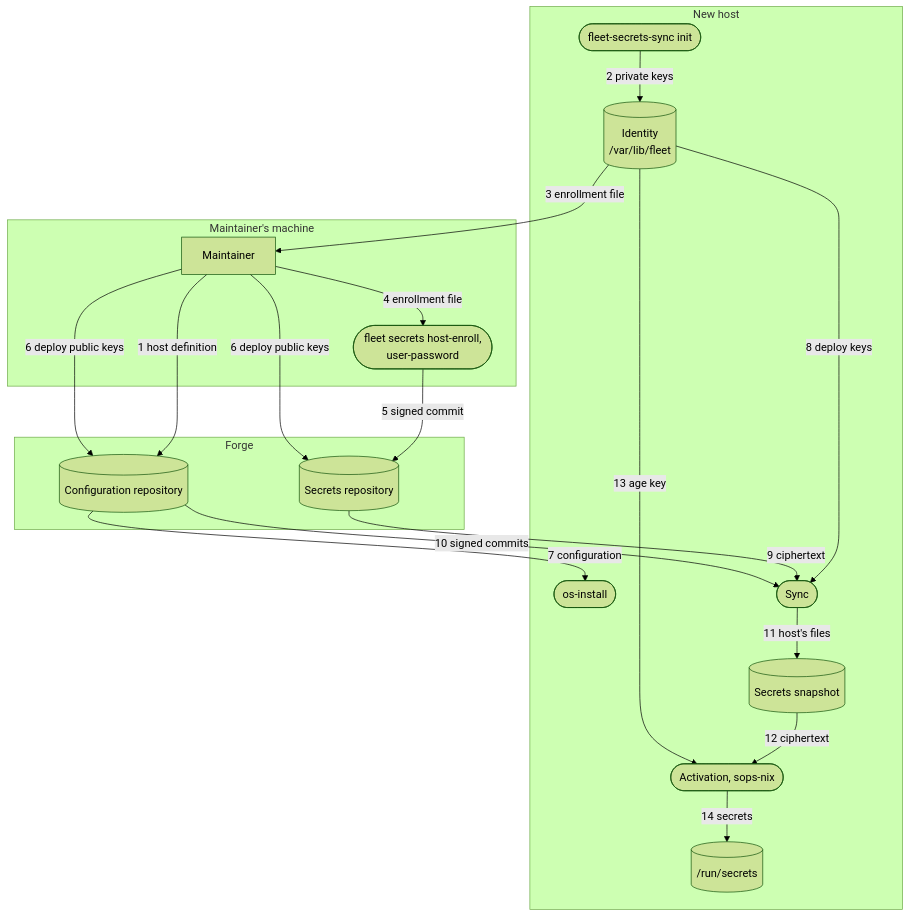
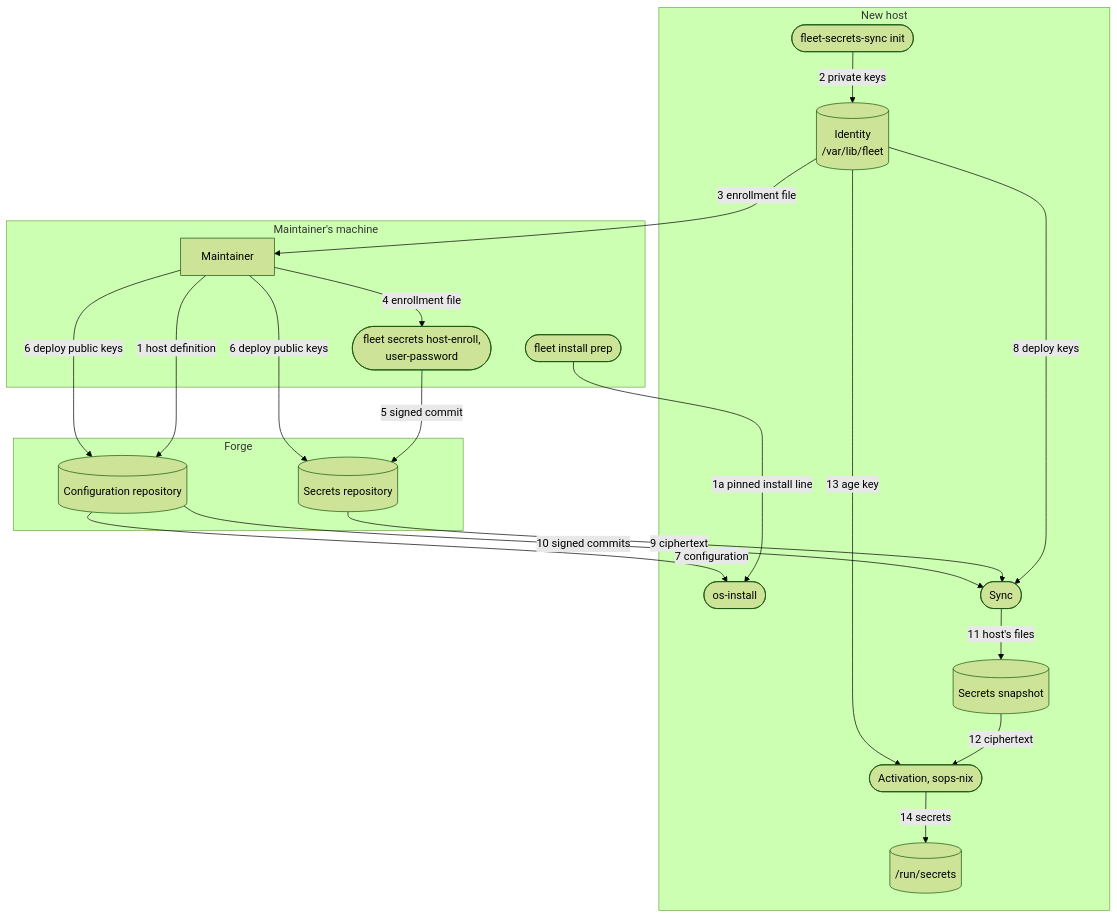
The diagram in README.md (nnishant776/fleet-manager), drawn with Mermaid (forest theme) before and after one commit. The commit also changed other lines of this file, not shown here.

First line of the commit message:
docs(readme): installing from checked commits with fleet install prep

````diff
--- a/README.md
+++ b/README.md
@@ -229,36 +251,38 @@
 ```mermaid
 flowchart TB
     subgraph maintainer["Maintainer's machine"]
         you["Maintainer"]
+        prep(["fleet install prep"])
         enroll(["fleet secrets host-enroll,<br/>user-password"])
     end
     subgraph forge["Forge"]
         secrets[("Secrets repository")]
         config[("Configuration repository")]
     end
     subgraph host["New host"]
         init(["fleet-secrets-sync init"])
         identity[("Identity<br/>/var/lib/fleet")]
         install(["os-install"])
         sync(["Sync"])
         snapshot[("Secrets snapshot")]
         activation(["Activation, sops-nix"])
         decrypted[("/run/secrets")]
     end
 
     you -- "1 host definition" --> config
+    prep -- "1a pinned install line" --> install
     init -- "2 private keys" --> identity
     identity -- "3 enrollment file" --> you
     you -- "4 enrollment file" --> enroll
     enroll -- "5 signed commit" --> secrets
     you -- "6 deploy public keys" --> secrets
     you -- "6 deploy public keys" --> config
     config -- "7 configuration" --> install
     identity -- "8 deploy keys" --> sync
     secrets -- "9 ciphertext" --> sync
     config -- "10 signed commits" --> sync
     sync -- "11 host's files" --> snapshot
     snapshot -- "12 ciphertext" --> activation
     identity -- "13 age key" --> activation
     activation -- "14 secrets" --> decrypted
 ```
````
